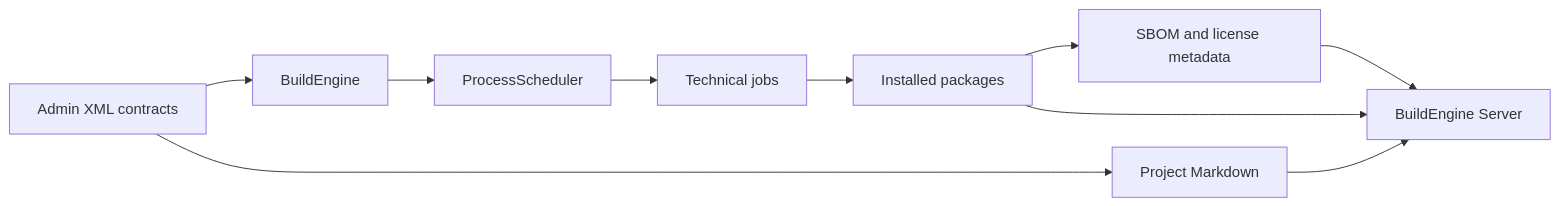
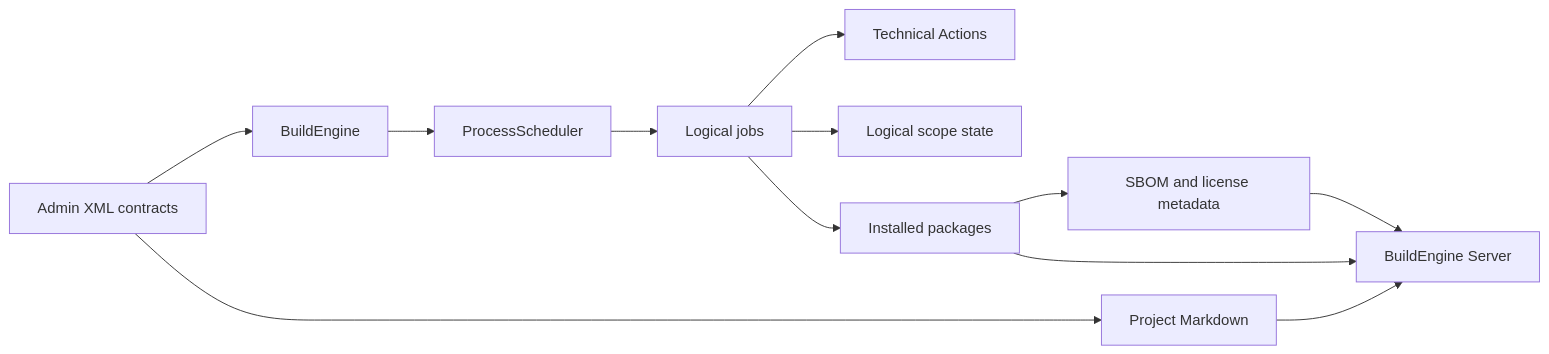
One commit to adeccscholar/BuildEngine-Admin changed the second of 4 diagrams in admin/server-docs/buildengine.md. Above: the diagram before and after it, drawn with Mermaid. The commit also changed other lines of this file, not shown here.

Commit message:
Align BuildEngine architecture docs with logical scope state

````diff
--- a/admin/server-docs/buildengine.md
+++ b/admin/server-docs/buildengine.md
@@ -54,12 +55,14 @@
 ```mermaid
 graph LR
    Admin[Admin XML contracts] --> Engine[BuildEngine]
    Engine --> Scheduler[ProcessScheduler]
-   Scheduler --> Jobs[Technical jobs]
+   Scheduler --> Jobs[Logical jobs]
+   Jobs --> Actions[Technical Actions]
+   Jobs --> State[Logical scope state]
    Jobs --> Install[Installed packages]
    Install --> Metadata[SBOM and license metadata]
    Metadata --> Server[BuildEngine Server]
    Install --> Server
    Admin --> Manual[Project Markdown]
    Manual --> Server
 ```
````
